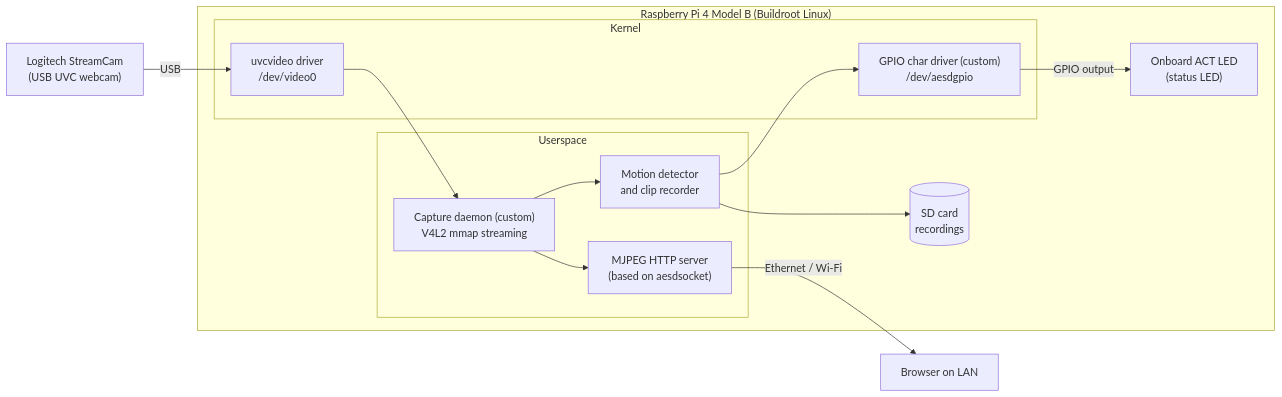
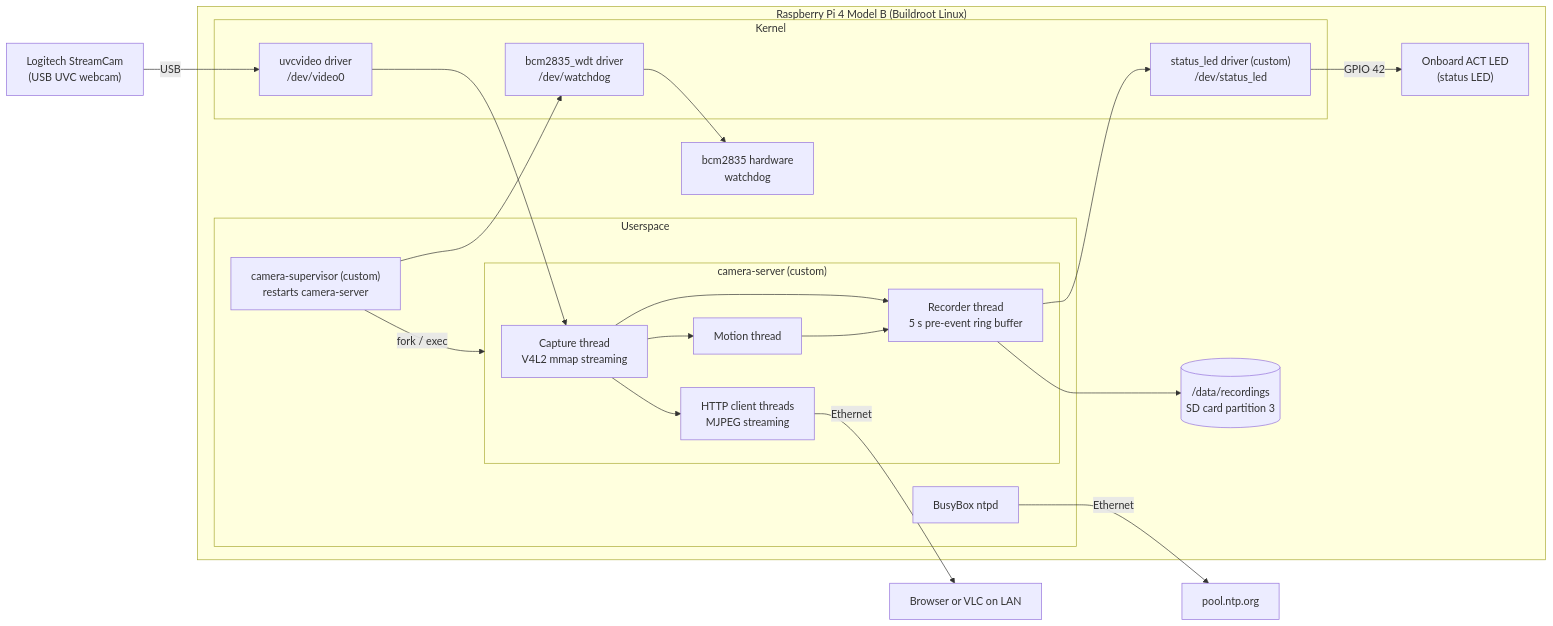
The diagram in wiki/Project-Overview.md (seto2103/aeld-final-project), drawn with Mermaid before and after one commit. The commit also changed other lines of this file and 8 other files, not shown here.

````diff
--- a/wiki/Project-Overview.md
+++ b/wiki/Project-Overview.md
@@ -30,25 +32,38 @@
 ```mermaid
 flowchart LR
     CAM["Logitech StreamCam<br/>(USB UVC webcam)"] -- USB --> UVC
 
     subgraph PI["Raspberry Pi 4 Model B (Buildroot Linux)"]
         LED["Onboard ACT LED<br/>(status LED)"]
+        WDT["bcm2835 hardware<br/>watchdog"]
         subgraph KERNEL["Kernel"]
             UVC["uvcvideo driver<br/>/dev/video0"]
-            DRV["GPIO char driver (custom)<br/>/dev/aesdgpio"]
+            DRV["status_led driver (custom)<br/>/dev/status_led"]
+            WDDEV["bcm2835_wdt driver<br/>/dev/watchdog"]
         end
         subgraph USER["Userspace"]
-            CAP["Capture daemon (custom)<br/>V4L2 mmap streaming"]
-            HTTP["MJPEG HTTP server<br/>(based on aesdsocket)"]
-            MOT["Motion detector<br/>and clip recorder"]
+            SUP["camera-supervisor (custom)<br/>restarts camera-server"]
+            subgraph SRV["camera-server (custom)"]
+                CAP["Capture thread<br/>V4L2 mmap streaming"]
+                HTTP["HTTP client threads<br/>MJPEG streaming"]
+                MOT["Motion thread"]
+                REC["Recorder thread<br/>5 s pre-event ring buffer"]
+            end
+            NTP["BusyBox ntpd"]
         end
         UVC --> CAP
         CAP --> HTTP
         CAP --> MOT
-        MOT --> DRV
-        DRV -- GPIO output --> LED
-        MOT --> SD[("SD card<br/>recordings")]
+        CAP --> REC
+        MOT --> REC
+        REC --> DRV
+        DRV -- GPIO 42 --> LED
+        REC --> SD[("/data/recordings<br/>SD card partition 3")]
+        SUP -- "fork / exec" --> SRV
+        SUP --> WDDEV
+        WDDEV --> WDT
     end
 
-    HTTP -- "Ethernet / Wi-Fi" --> BROWSER["Browser on LAN"]
+    HTTP -- Ethernet --> BROWSER["Browser or VLC on LAN"]
+    NTP -- Ethernet --> POOL["pool.ntp.org"]
 ```
````
